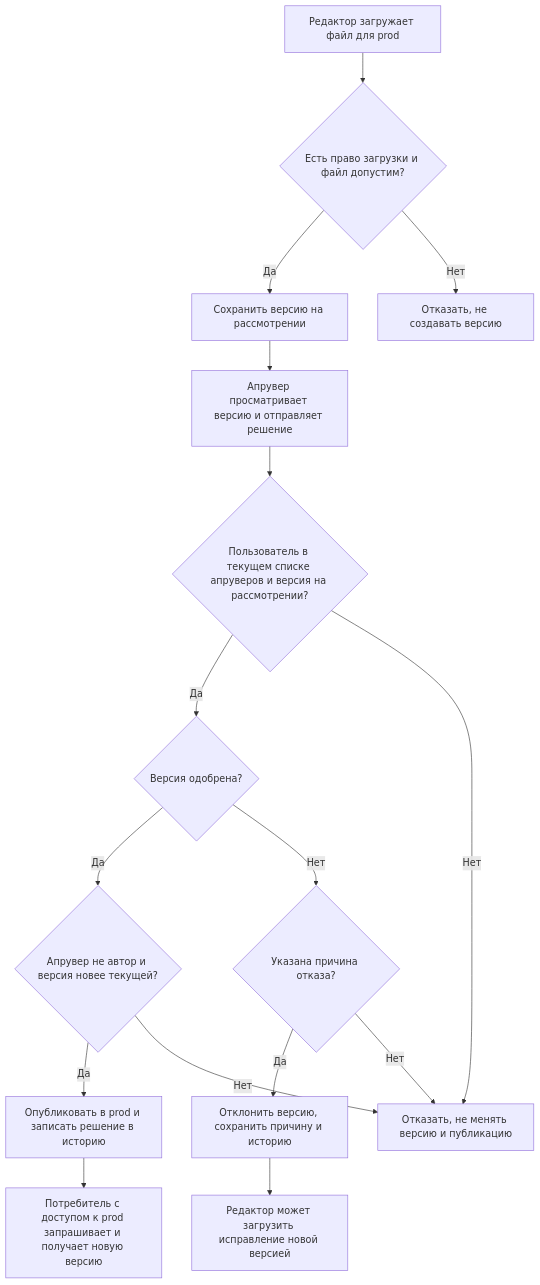
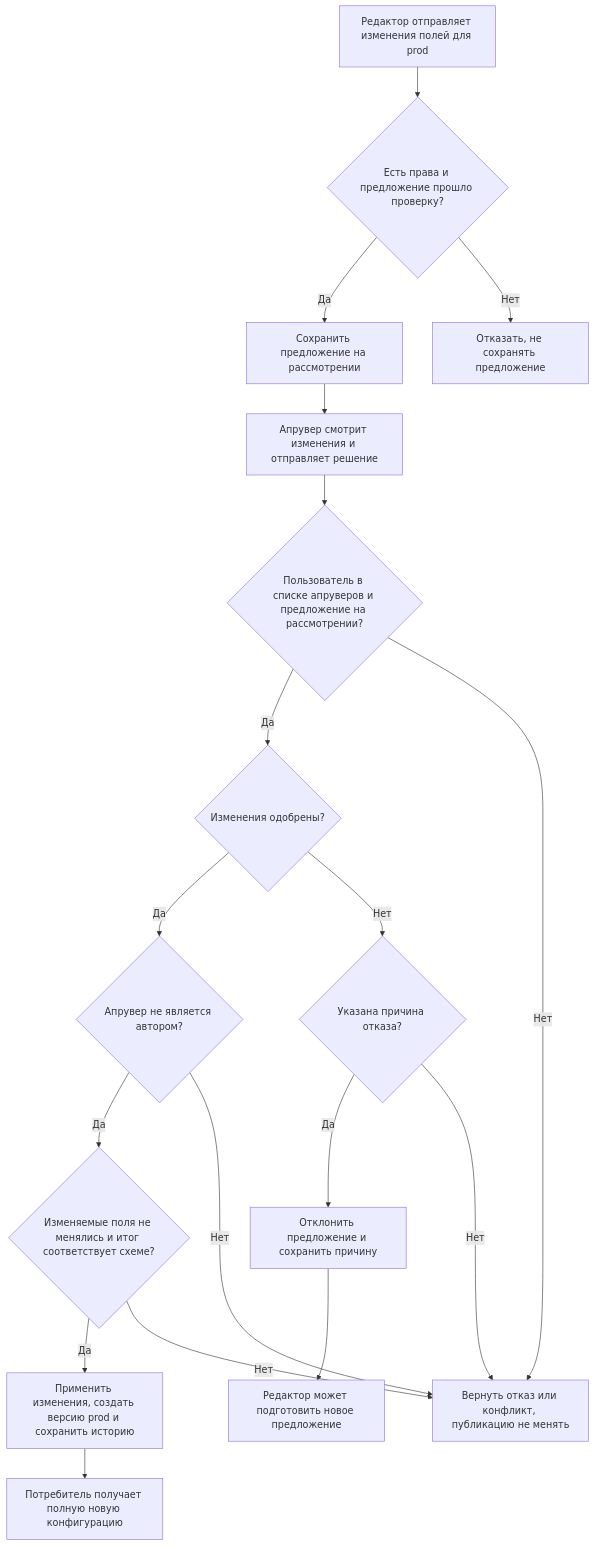
One commit to rbpo-team-BAN/rbpo changed the second of 4 diagrams in PROJECT.md. Above: the diagram before and after it, drawn with Mermaid. The commit also changed other lines of this file, not shown here.

Commit message:
M2: переопределить логику изменения конфигов

````diff
--- a/PROJECT.md
+++ b/PROJECT.md
@@ -116,33 +128,36 @@
 ```mermaid
 flowchart TD
-    Upload["Редактор загружает файл для prod"]
-    Validate{"Есть право загрузки и файл допустим?"}
-    Review["Сохранить версию на рассмотрении"]
-    Inspect["Апрувер просматривает версию и отправляет решение"]
-    Access{"Пользователь в текущем списке апруверов и версия на рассмотрении?"}
-    Decision{"Версия одобрена?"}
-    Check{"Апрувер не автор и версия новее текущей?"}
-    Publish["Опубликовать в prod и записать решение в историю"]
-    Read["Потребитель с доступом к prod запрашивает и получает новую версию"]
+    Send["Редактор отправляет изменения полей для prod"]
+    Validate{"Есть права и предложение прошло проверку?"}
+    Review["Сохранить предложение на рассмотрении"]
+    Inspect["Апрувер смотрит изменения и отправляет решение"]
+    Access{"Пользователь в списке апруверов и предложение на рассмотрении?"}
+    Decision{"Изменения одобрены?"}
+    Author{"Апрувер не является автором?"}
+    Check{"Изменяемые поля не менялись и итог соответствует схеме?"}
+    Publish["Применить изменения, создать версию prod и сохранить историю"]
+    Read["Потребитель получает полную новую конфигурацию"]
     Reason{"Указана причина отказа?"}
-    Reject["Отклонить версию, сохранить причину и историю"]
-    Retry["Редактор может загрузить исправление новой версией"]
-    UploadError["Отказать, не создавать версию"]
-    DecisionError["Отказать, не менять версию и публикацию"]
+    Reject["Отклонить предложение и сохранить причину"]
+    Retry["Редактор может подготовить новое предложение"]
+    SendError["Отказать, не сохранять предложение"]
+    Error["Вернуть отказ или конфликт, публикацию не менять"]
 
-    Upload --> Validate
+    Send --> Validate
     Validate -->|"Да"| Review
-    Validate -->|"Нет"| UploadError
+    Validate -->|"Нет"| SendError
     Review --> Inspect
     Inspect --> Access
     Access -->|"Да"| Decision
-    Access -->|"Нет"| DecisionError
-    Decision -->|"Да"| Check
+    Access -->|"Нет"| Error
+    Decision -->|"Да"| Author
+    Author -->|"Да"| Check
+    Author -->|"Нет"| Error
     Check -->|"Да"| Publish
-    Check -->|"Нет"| DecisionError
+    Check -->|"Нет"| Error
     Publish --> Read
     Decision -->|"Нет"| Reason
     Reason -->|"Да"| Reject
-    Reason -->|"Нет"| DecisionError
+    Reason -->|"Нет"| Error
     Reject --> Retry
 ```
````
